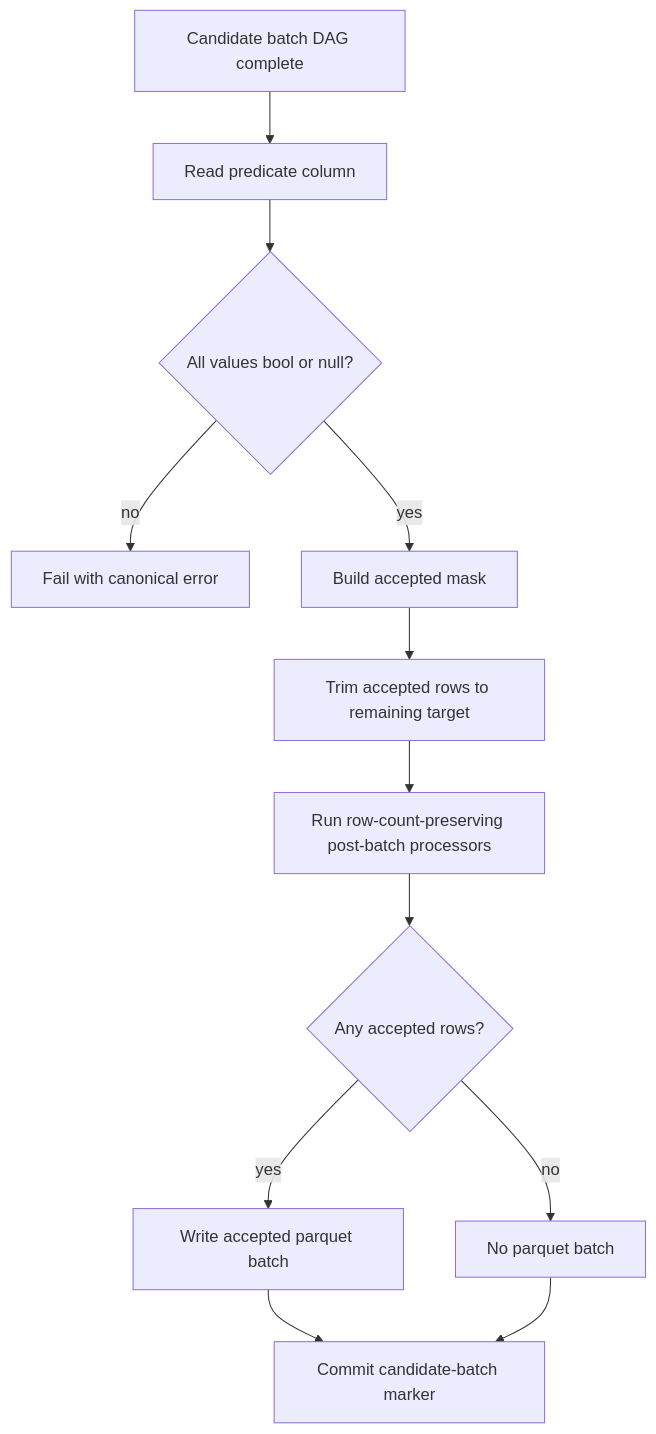
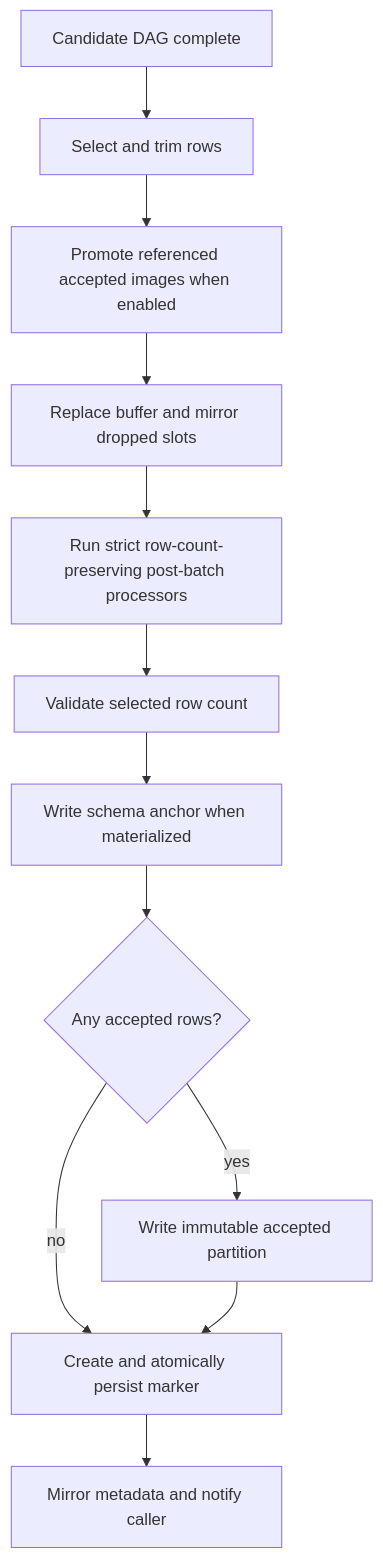
One commit to NVIDIA-NeMo/DataDesigner changed the fourth of 7 diagrams in plans/790/engine-native-record-selection.md. Above: the diagram before and after it, drawn with Mermaid. The commit also changed other lines of this file, not shown here.

````diff
--- a/plans/790/engine-native-record-selection.md
+++ b/plans/790/engine-native-record-selection.md
@@ -533,14 +650,14 @@
 ```mermaid
 flowchart TD
-    dag["Candidate batch DAG complete"] --> read["Read predicate column"]
-    read --> validate{"All values bool or null?"}
-    validate -->|no| error["Fail with canonical error"]
-    validate -->|yes| mask["Build accepted mask"]
-    mask --> trim["Trim accepted rows to remaining target"]
-    trim --> post["Run row-count-preserving post-batch processors"]
-    post --> write{"Any accepted rows?"}
-    write -->|yes| parquet["Write accepted parquet batch"]
-    write -->|no| no_parquet["No parquet batch"]
-    parquet --> marker["Commit candidate-batch marker"]
-    no_parquet --> marker
+    dag["Candidate DAG complete"] --> select["Select and trim rows"]
+    select --> media["Promote referenced accepted images when enabled"]
+    media --> buffer["Replace buffer and mirror dropped slots"]
+    buffer --> post["Run strict row-count-preserving post-batch processors"]
+    post --> validate["Validate selected row count"]
+    validate --> schema["Write schema anchor when materialized"]
+    schema --> write{"Any accepted rows?"}
+    write -->|yes| parquet["Write immutable accepted partition"]
+    write -->|no| marker["Create and atomically persist marker"]
+    parquet --> marker
+    marker --> mirror["Mirror metadata and notify caller"]
 ```
````
